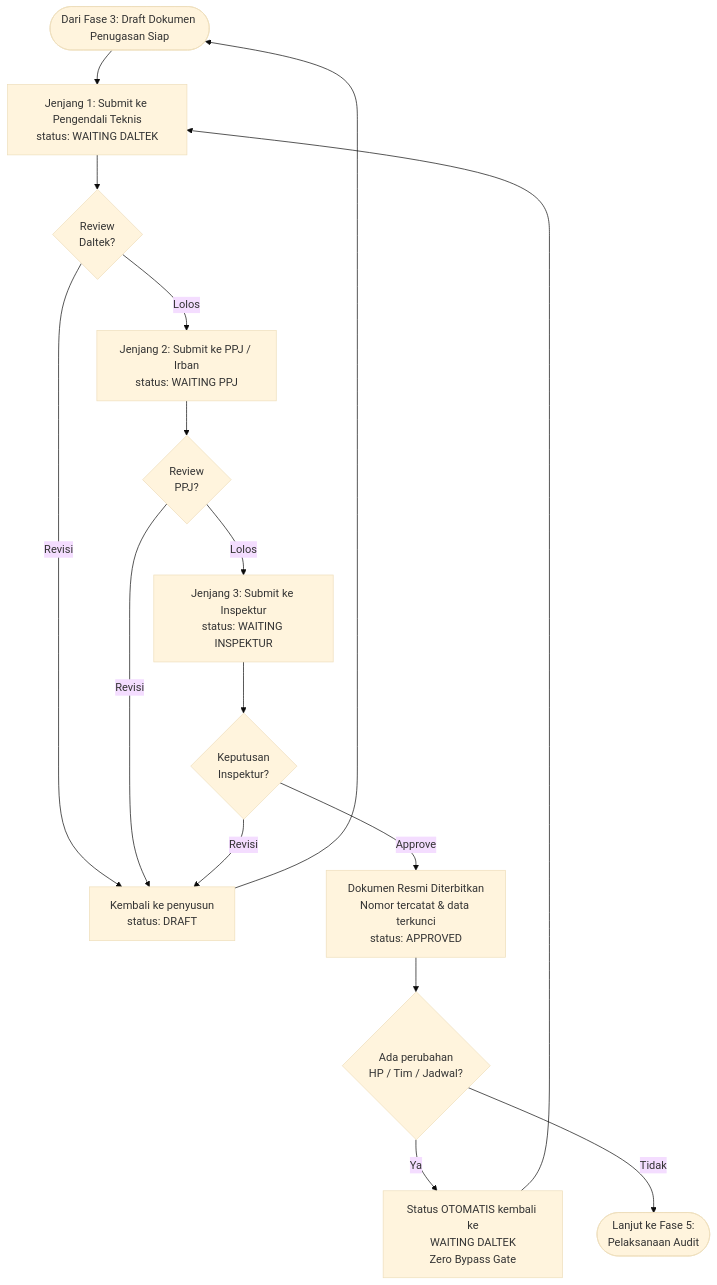
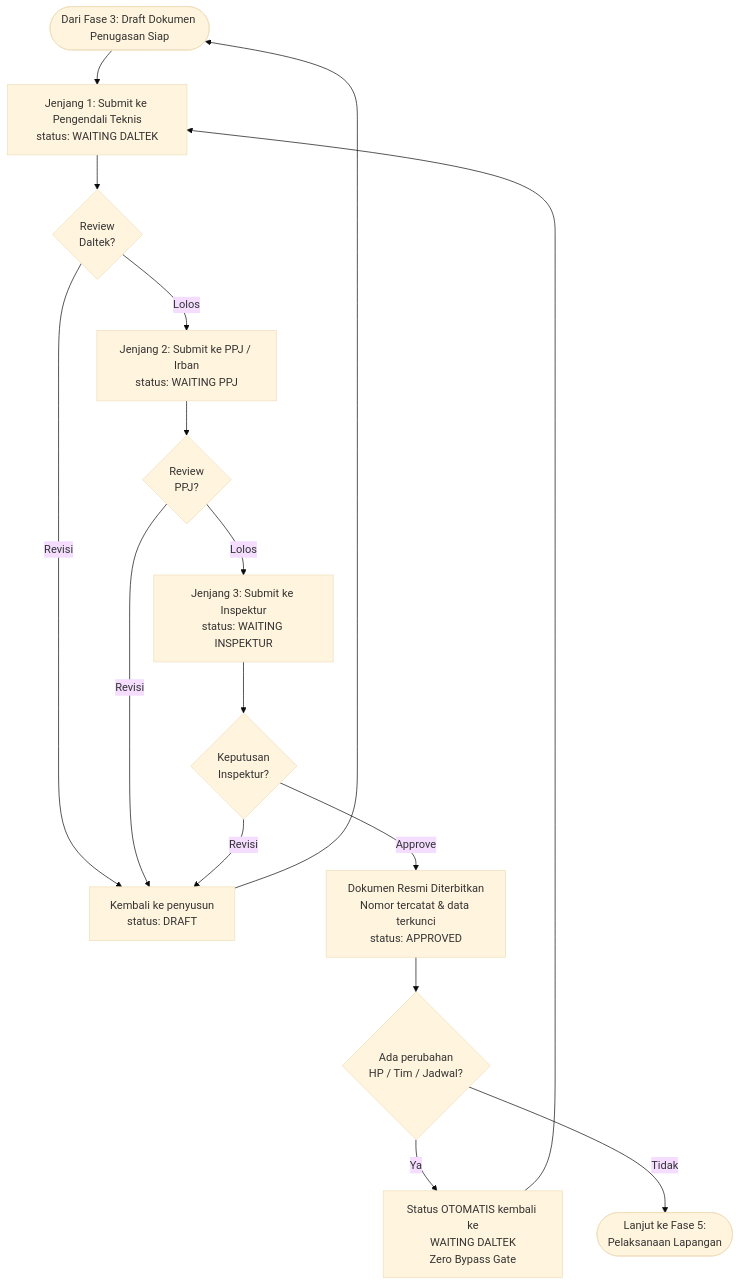
The ninth of 23 diagrams in DEVTOOLS/Blueprint.md (bimasulistyaw-hash/siwasin), drawn with Mermaid (base theme) before and after one commit. The commit also changed other lines of this file, not shown here.

````diff
--- a/DEVTOOLS/Blueprint.md
+++ b/DEVTOOLS/Blueprint.md
@@ -420,23 +455,23 @@
 ```mermaid
 flowchart TD
     A([Dari Fase 3: Draft Dokumen Penugasan Siap])
     
     A --> B["Jenjang 1: Submit ke Pengendali Teknis\nstatus: WAITING DALTEK"]
     B --> C{Review\nDaltek?}
     C -- Revisi --> R1["Kembali ke penyusun\nstatus: DRAFT"]
     
     C -- Lolos --> D["Jenjang 2: Submit ke PPJ / Irban\nstatus: WAITING PPJ"]
     D --> E{Review\nPPJ?}
     E -- Revisi --> R1
     
     E -- Lolos --> F["Jenjang 3: Submit ke Inspektur\nstatus: WAITING INSPEKTUR"]
     F --> G{Keputusan\nInspektur?}
     G -- Revisi --> R1
     R1 --> A
     
     G -- Approve --> H["Dokumen Resmi Diterbitkan\nNomor tercatat & data terkunci\nstatus: APPROVED"]
     H --> I{Ada perubahan\nHP / Tim / Jadwal?}
     I -- Ya --> J["Status OTOMATIS kembali ke\nWAITING DALTEK\nZero Bypass Gate"]
     J --> B
-    I -- Tidak --> K([Lanjut ke Fase 5:\nPelaksanaan Audit])
+    I -- Tidak --> K([Lanjut ke Fase 5:\nPelaksanaan Lapangan])
 ```
````
